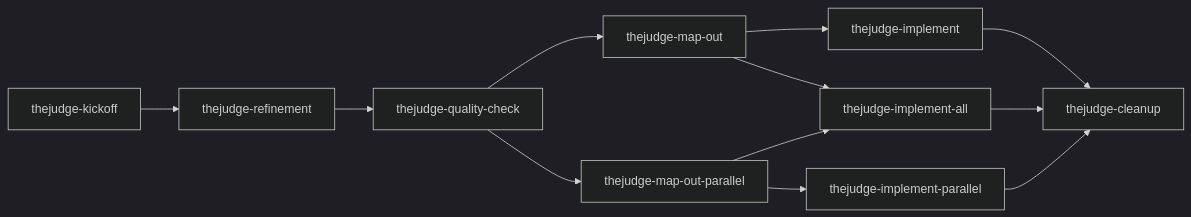
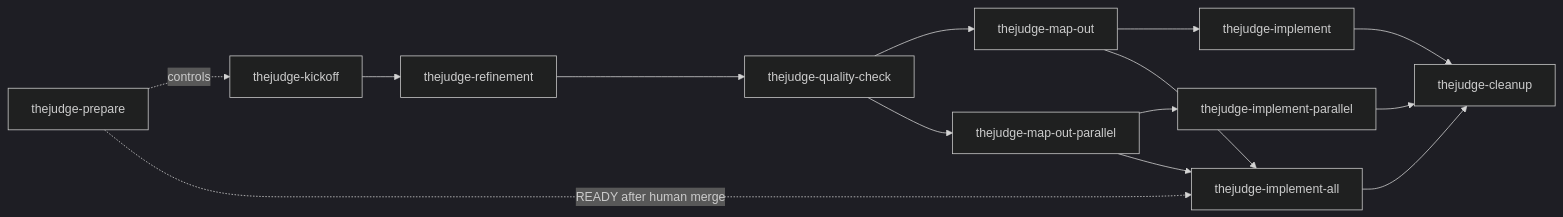
The diagram in AGENT-SKILLS.md (ChrisMiho/TheJudge), drawn with Mermaid (dark theme) before and after one commit. The commit also changed other lines of this file and 18 other files, not shown here.

````diff
--- a/AGENT-SKILLS.md
+++ b/AGENT-SKILLS.md
@@ -38,14 +38,16 @@
 ```mermaid
 flowchart LR
+  prepare[thejudge-prepare] -. controls .-> kickoff
+  prepare -. READY after human merge .-> implementall
   kickoff[thejudge-kickoff] --> refinement[thejudge-refinement]
   refinement --> qc[thejudge-quality-check]
   qc --> mapout[thejudge-map-out]
   qc --> mapoutp[thejudge-map-out-parallel]
   mapout --> implement[thejudge-implement]
   mapout --> implementall[thejudge-implement-all]
   mapoutp --> implementp[thejudge-implement-parallel]
   mapoutp --> implementall
   implement --> cleanup[thejudge-cleanup]
   implementall --> cleanup
   implementp --> cleanup
 ```
````
